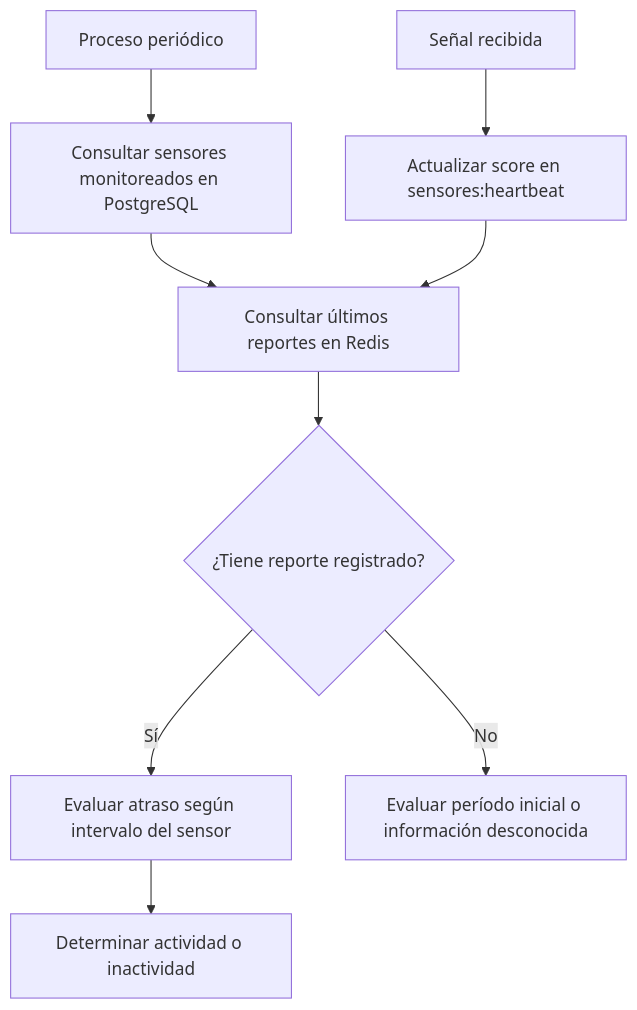
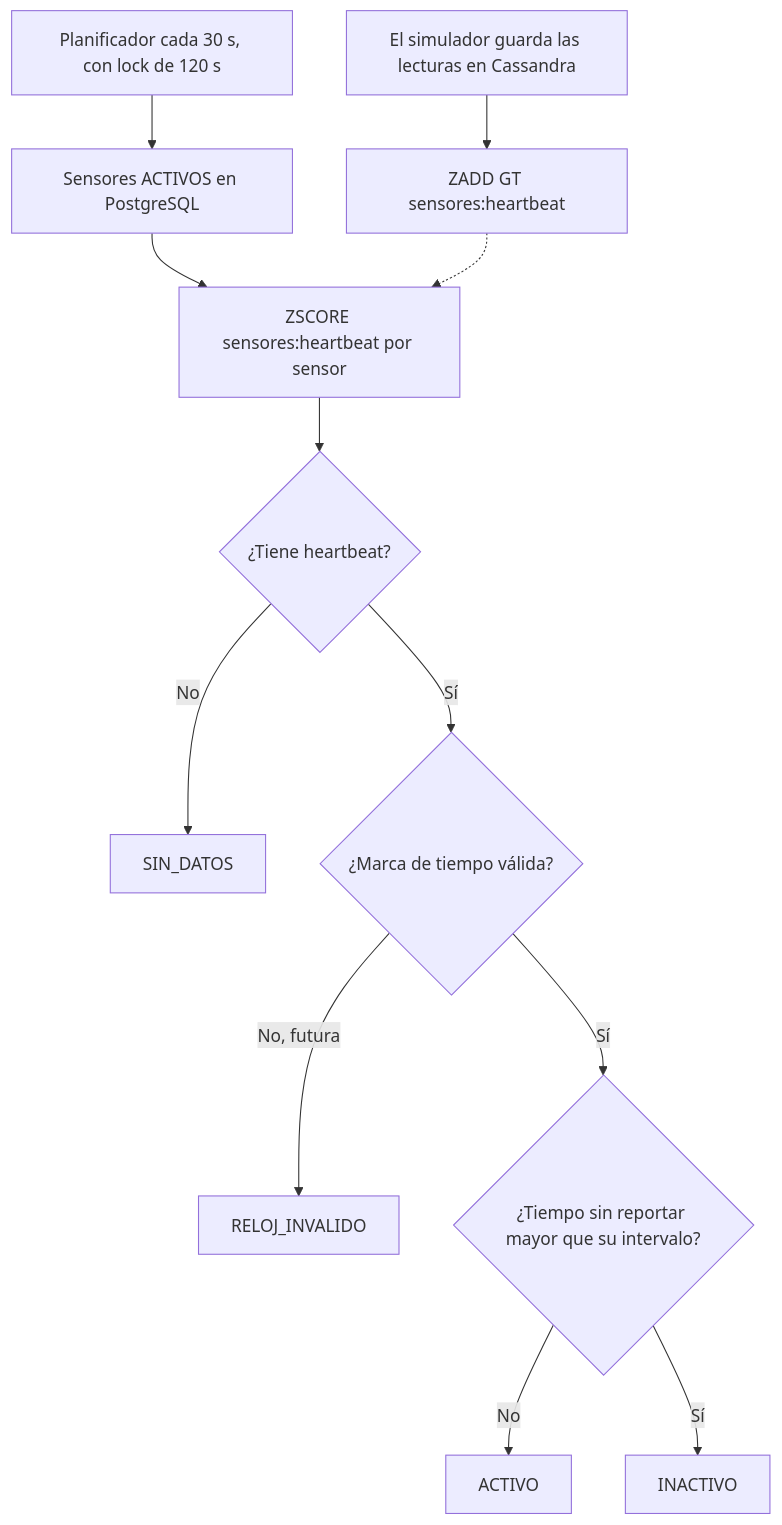
Before and after one commit to Thiago-Alm/tp_logistica: the fourth of 6 diagrams in docs/diagramas.md, drawn with Mermaid. The commit also changed other lines of this file and 1 other file, not shown here.

Commit message:
Actualiza diagramas y modelos de Redis y Neo4j a lo implementado

````diff
--- a/docs/diagramas.md
+++ b/docs/diagramas.md
@@ -60,11 +66,14 @@
 ```mermaid
 flowchart TD
-    S[Señal recibida] --> Z["Actualizar score en sensores:heartbeat"]
-    J[Proceso periódico] --> P["Consultar sensores monitoreados en PostgreSQL"]
-    P --> C[Consultar últimos reportes en Redis]
-    Z --> C
-    C --> R{¿Tiene reporte registrado?}
-    R -->|Sí| E[Evaluar atraso según intervalo del sensor]
-    R -->|No| I[Evaluar período inicial o información desconocida]
-    E --> D[Determinar actividad o inactividad]
+    S[El simulador guarda las lecturas en Cassandra] --> Z["ZADD GT sensores:heartbeat"]
+    J[Planificador cada 30 s, con lock de 120 s] --> P["Sensores ACTIVOS en PostgreSQL"]
+    P --> C["ZSCORE sensores:heartbeat por sensor"]
+    Z -.-> C
+    C --> R{¿Tiene heartbeat?}
+    R -->|No| SD[SIN_DATOS]
+    R -->|Sí| F{¿Marca de tiempo válida?}
+    F -->|No, futura| RI[RELOJ_INVALIDO]
+    F -->|Sí| E{¿Tiempo sin reportar mayor que su intervalo?}
+    E -->|No| AC[ACTIVO]
+    E -->|Sí| IN[INACTIVO]
 ```
````
